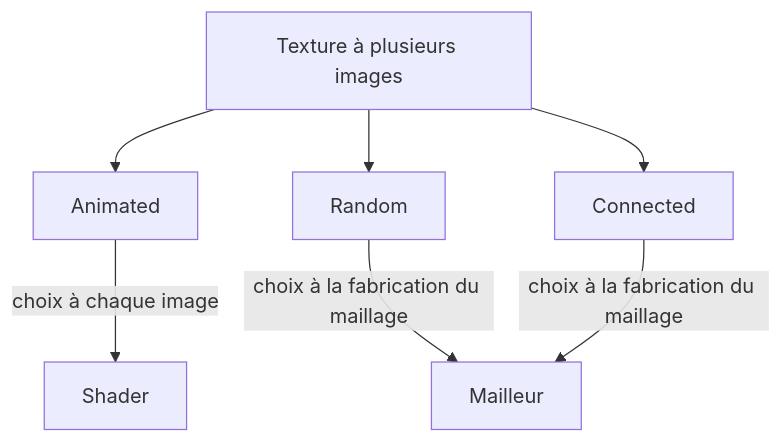
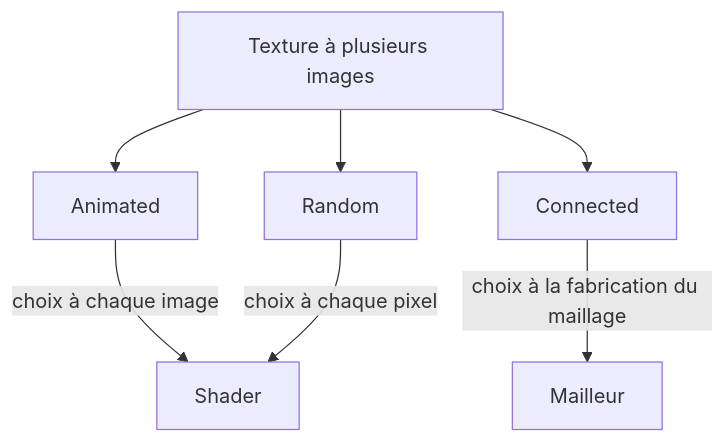
One commit to SinfulDice/strata-mundi changed the diagram in docs/explications/textures-vivantes.md. Above: the diagram before and after it, drawn with Mermaid. The commit also changed other lines of this file and 14 other files, not shown here.

````diff
--- a/docs/explications/textures-vivantes.md
+++ b/docs/explications/textures-vivantes.md
@@ -20,9 +20,9 @@
 ```mermaid
 graph TD
     T[Texture à plusieurs images] --> A[Animated]
     T --> R[Random]
     T --> C[Connected]
     A -->|choix à chaque image| S[Shader]
-    R -->|choix à la fabrication du maillage| M[Mailleur]
-    C -->|choix à la fabrication du maillage| M
+    R -->|choix à chaque pixel| S
+    C -->|choix à la fabrication du maillage| M[Mailleur]
 ```
````
